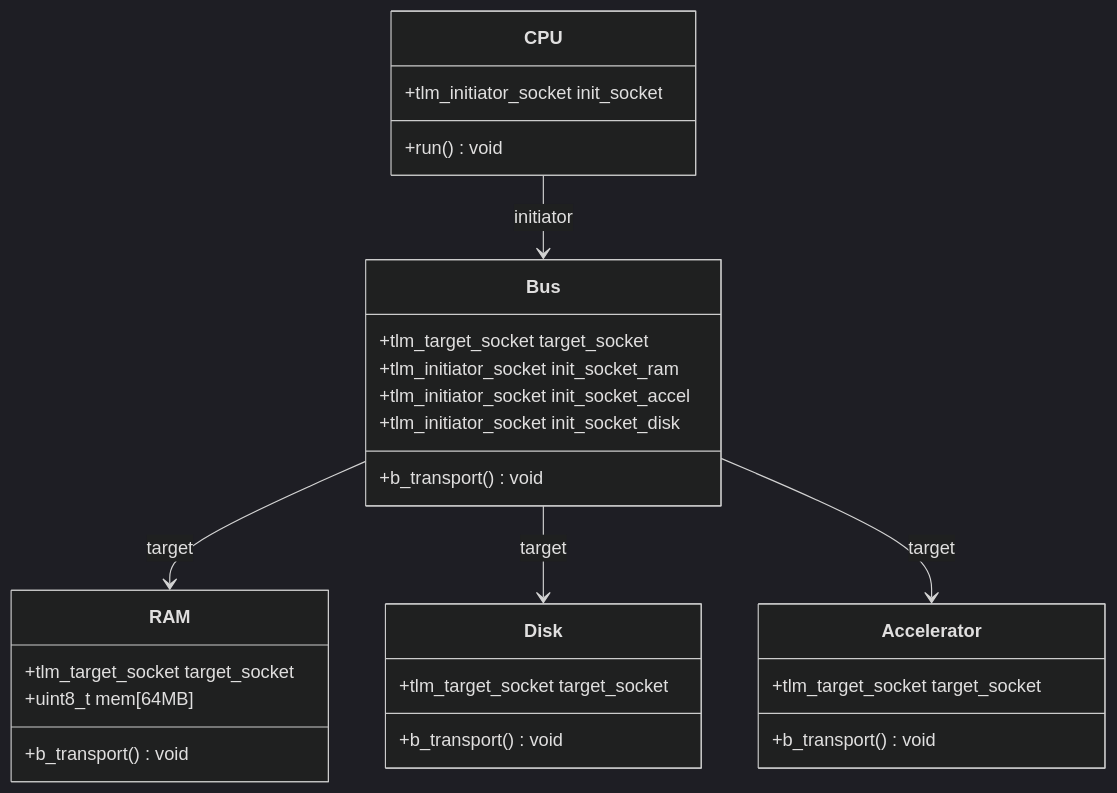
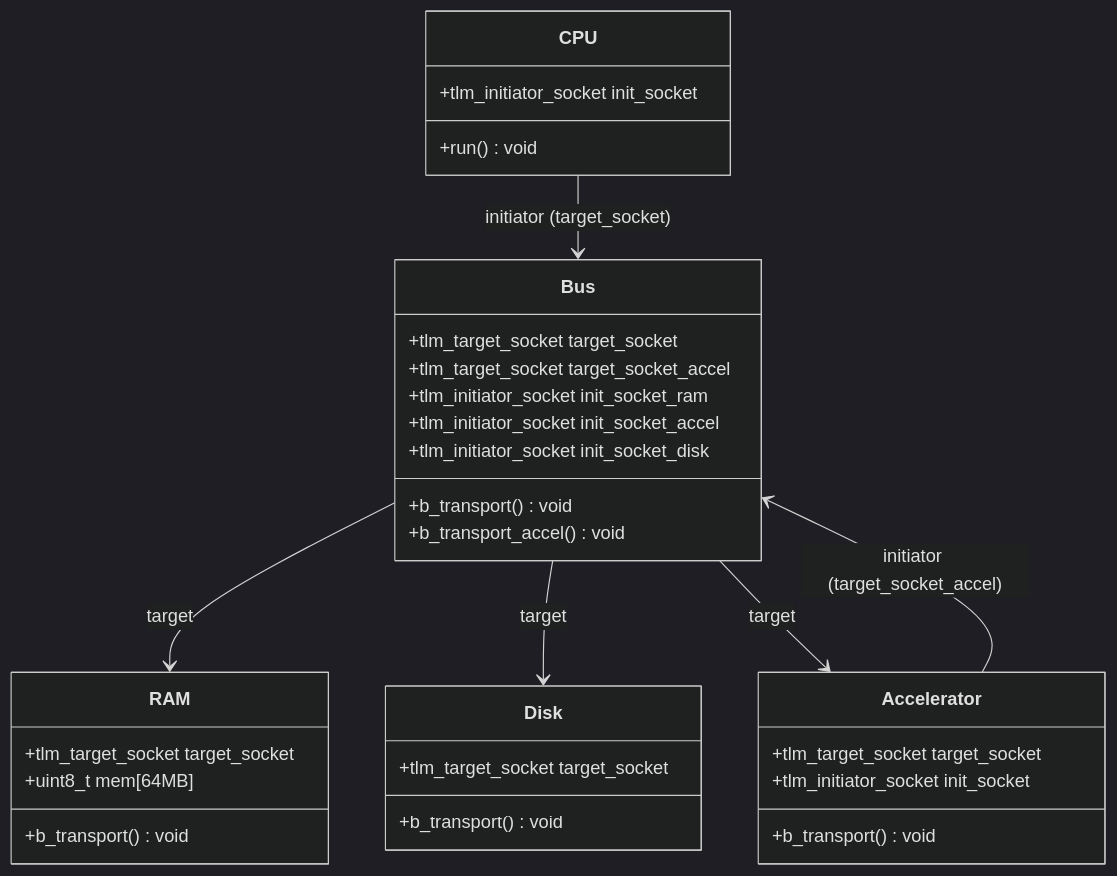
The first of 3 diagrams in README.md (Team-Diseno-de-Alto-Nivel/mp6160-systemc-tlm-image-accelerator), drawn with Mermaid (dark theme) before and after one commit. The commit also changed other lines of this file and 2 other files, not shown here.

````diff
--- a/README.md
+++ b/README.md
@@ -135,32 +143,36 @@
 ```mermaid
 classDiagram
     class CPU {
         +tlm_initiator_socket init_socket
         +run() void
     }
     class Bus {
         +tlm_target_socket target_socket
+        +tlm_target_socket target_socket_accel
         +tlm_initiator_socket init_socket_ram
         +tlm_initiator_socket init_socket_accel
         +tlm_initiator_socket init_socket_disk
         +b_transport() void
+        +b_transport_accel() void
     }
     class RAM {
         +tlm_target_socket target_socket
         +uint8_t mem[64MB]
         +b_transport() void
     }
     class Disk {
         +tlm_target_socket target_socket
         +b_transport() void
     }
     class Accelerator {
         +tlm_target_socket target_socket
+        +tlm_initiator_socket init_socket
         +b_transport() void
     }
 
-    CPU --> Bus : initiator
+    CPU --> Bus : initiator (target_socket)
+    Accelerator --> Bus : initiator (target_socket_accel)
     Bus --> RAM : target
     Bus --> Disk : target
     Bus --> Accelerator : target
 ```
````
